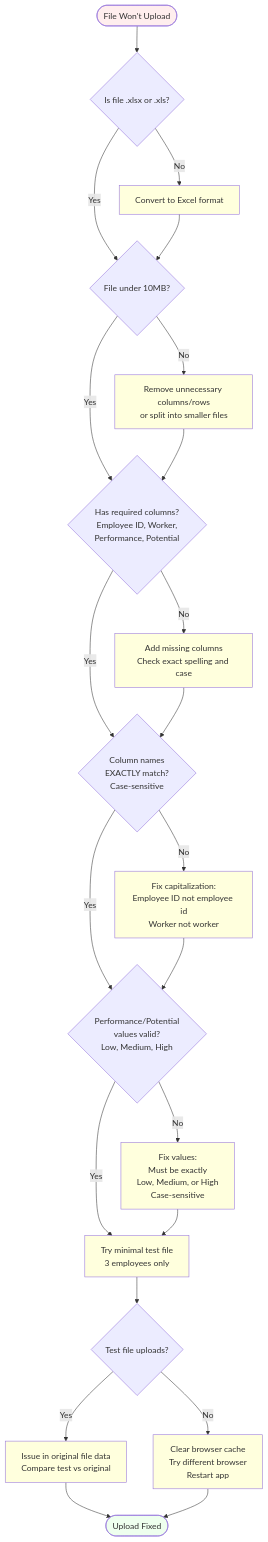
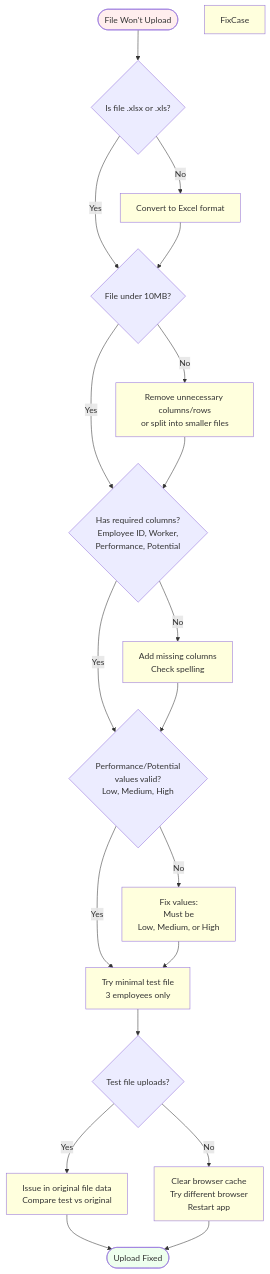
One commit to bencan1a/9boxer changed the first of 3 diagrams in resources/user-guide/docs/troubleshooting.md. Above: the diagram before and after it, drawn with Mermaid. The commit also changed other lines of this file and 3 other files, not shown here.

First line of the commit message:
feat: make Excel column name matching case-insensitive

````diff
--- a/resources/user-guide/docs/troubleshooting.md
+++ b/resources/user-guide/docs/troubleshooting.md
@@ -54,42 +54,38 @@
 ```mermaid
 flowchart TD
     Start([File Won't Upload]) --> FileType{Is file .xlsx or .xls?}
     FileType -->|No| ConvertFile[Convert to Excel format]
     FileType -->|Yes| FileSize{File under 10MB?}
 
     FileSize -->|No| ReduceSize[Remove unnecessary columns/rows<br/>or split into smaller files]
     FileSize -->|Yes| CheckColumns{Has required columns?<br/>Employee ID, Worker,<br/>Performance, Potential}
 
-    CheckColumns -->|No| FixColumns[Add missing columns<br/>Check exact spelling and case]
-    CheckColumns -->|Yes| CheckCase{Column names<br/>EXACTLY match?<br/>Case-sensitive}
+    CheckColumns -->|No| FixColumns[Add missing columns<br/>Check spelling]
+    CheckColumns -->|Yes| CheckValues{Performance/Potential<br/>values valid?<br/>Low, Medium, High}
 
-    CheckCase -->|No| FixCase[Fix capitalization:<br/>Employee ID not employee id<br/>Worker not worker]
-    CheckCase -->|Yes| CheckValues{Performance/Potential<br/>values valid?<br/>Low, Medium, High}
-
-    CheckValues -->|No| FixValues[Fix values:<br/>Must be exactly<br/>Low, Medium, or High<br/>Case-sensitive]
+    CheckValues -->|No| FixValues[Fix values:<br/>Must be<br/>Low, Medium, or High]
     CheckValues -->|Yes| TestMinimal[Try minimal test file<br/>3 employees only]
 
     ConvertFile --> FileSize
     ReduceSize --> CheckColumns
-    FixColumns --> CheckCase
-    FixCase --> CheckValues
+    FixColumns --> CheckValues
     FixValues --> TestMinimal
 
     TestMinimal --> Works{Test file uploads?}
     Works -->|Yes| DataIssue[Issue in original file data<br/>Compare test vs original]
     Works -->|No| BrowserIssue[Clear browser cache<br/>Try different browser<br/>Restart app]
 
     DataIssue --> Success([Upload Fixed])
     BrowserIssue --> Success
 
     style Start fill:#fee
     style Success fill:#efe
     style ConvertFile fill:#ffd
     style ReduceSize fill:#ffd
     style FixColumns fill:#ffd
     style FixCase fill:#ffd
     style FixValues fill:#ffd
     style TestMinimal fill:#ffd
     style BrowserIssue fill:#ffd
     style DataIssue fill:#ffd
 ```
````
